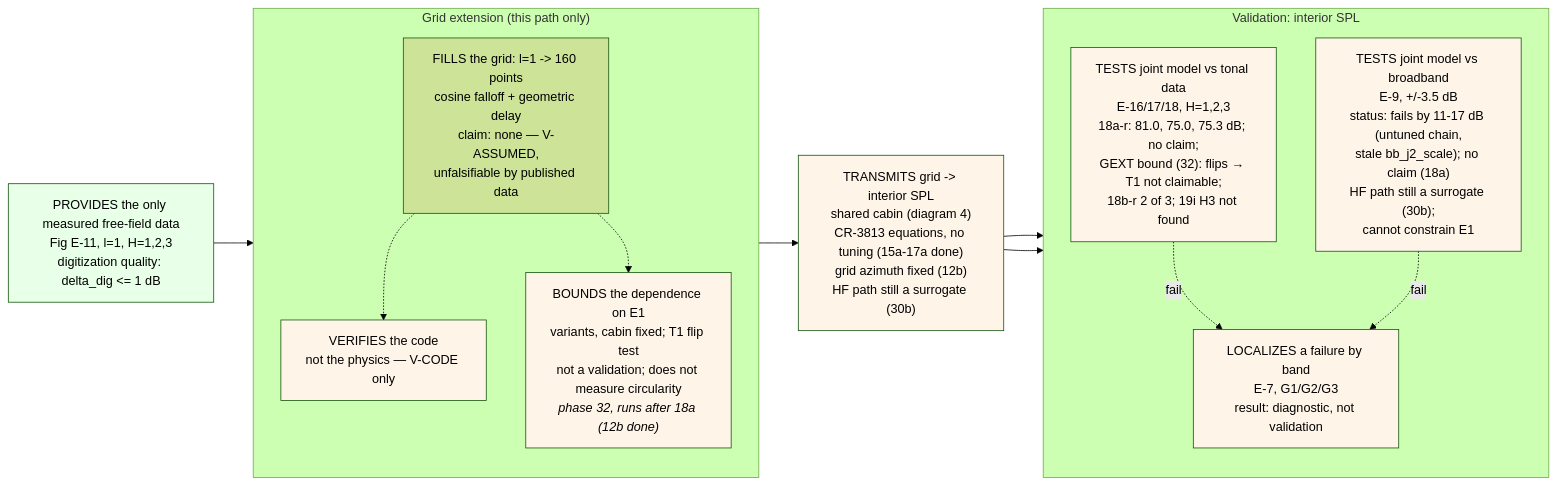
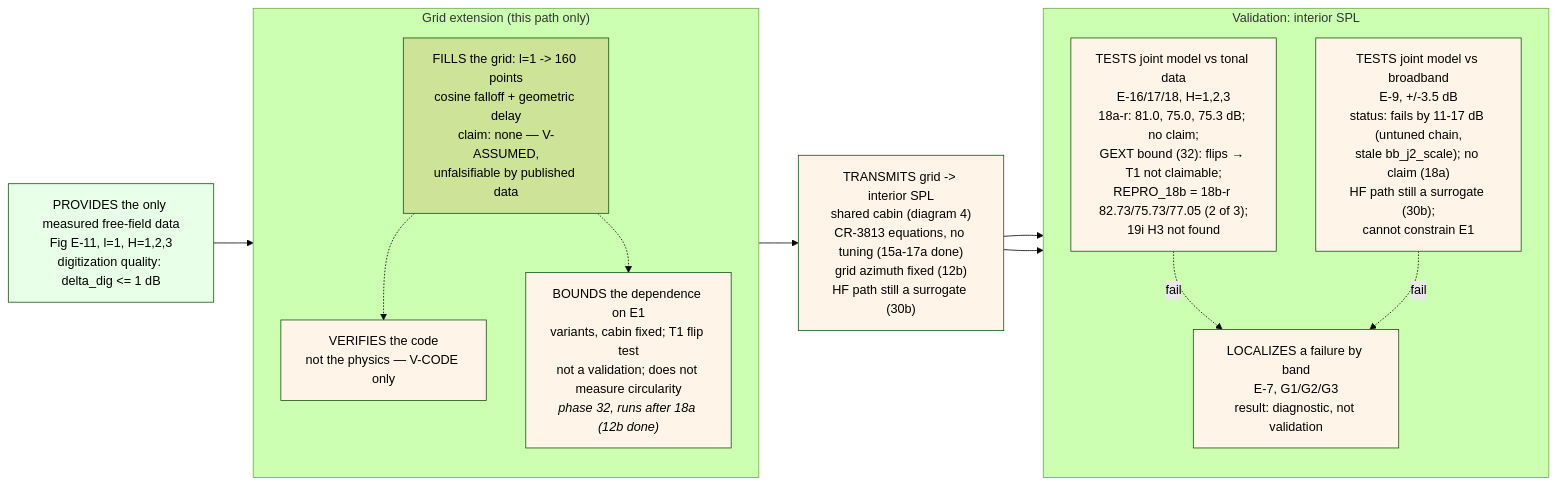
One commit to hoangf1/PAIN changed the second of 6 diagrams in rea-work/docs/flowchart.md. Above: the diagram before and after it, drawn with Mermaid (forest theme). The commit also changed other lines of this file and 141 other files, not shown here.

````diff
--- a/rea-work/docs/flowchart.md
+++ b/rea-work/docs/flowchart.md
@@ -50,36 +51,36 @@
 ```mermaid
 flowchart LR
     S["PROVIDES the only measured free-field data<br/>Fig E-11, l=1, H=1,2,3<br/>digitization quality: delta_dig <= 1 dB"]
 
     subgraph EXT["Grid extension (this path only)"]
         direction TB
         E1["FILLS the grid: l=1 -> 160 points<br/>cosine falloff + geometric delay<br/>claim: none — V-ASSUMED,<br/>unfalsifiable by published data"]
         E2["VERIFIES the code<br/>not the physics — V-CODE only"]
         E3["BOUNDS the dependence on E1<br/>variants, cabin fixed; T1 flip test<br/>not a validation; does not measure circularity<br/><i>phase 32, runs after 18a (12b done)</i>"]
     end
 
     CAB["TRANSMITS grid -> interior SPL<br/>shared cabin (diagram 4)<br/>CR-3813 equations, no tuning (15a-17a done)<br/>grid azimuth fixed (12b)<br/>HF path still a surrogate (30b)"]
 
     subgraph VAL["Validation: interior SPL"]
         direction TB
-        V1["TESTS joint model vs tonal data<br/>E-16/17/18, H=1,2,3<br/>18a-r: 81.0, 75.0, 75.3 dB; no claim;<br/>GEXT bound (32): flips → T1 not claimable;<br/>18b-r 2 of 3; 19i H3 not found"]
+        V1["TESTS joint model vs tonal data<br/>E-16/17/18, H=1,2,3<br/>18a-r: 81.0, 75.0, 75.3 dB; no claim;<br/>GEXT bound (32): flips → T1 not claimable;<br/>REPRO_18b = 18b-r 82.73/75.73/77.05 (2 of 3);<br/>19i H3 not found"]
         V2["TESTS joint model vs broadband<br/>E-9, +/-3.5 dB<br/>status: fails by 11-17 dB (untuned chain,<br/>stale bb_j2_scale); no claim (18a)<br/>HF path still a surrogate (30b);<br/>cannot constrain E1"]
         V3["LOCALIZES a failure by band<br/>E-7, G1/G2/G3<br/>result: diagnostic, not validation"]
     end
 
     S --> E1
     E1 --> CAB
     E1 -.-> E2
     E1 -.-> E3
     CAB --> V1 & V2
     V1 -.->|fail| V3
     V2 -.->|fail| V3
 
     style S fill:#e8ffe8
     style CAB fill:#fff4e8
     style V1 fill:#fff4e8
     style V2 fill:#fff4e8
     style E2 fill:#fff4e8
     style E3 fill:#fff4e8
     style V3 fill:#fff4e8
 ```
````
